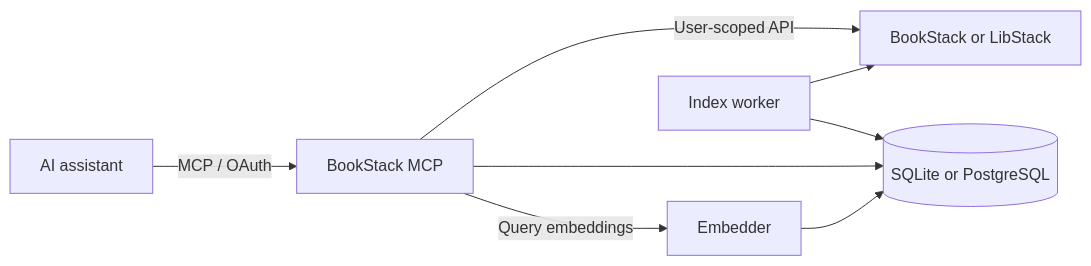
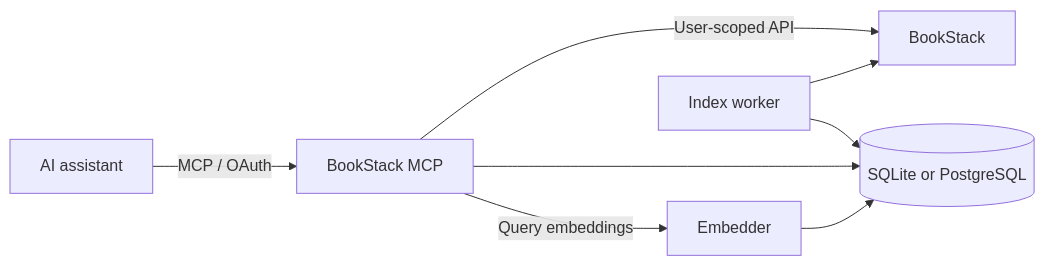
The diagram in README.md (drbelt27/bookstack-mcp), drawn with Mermaid before and after one commit. The commit also changed other lines of this file and 8 other files, not shown here.

First line of the commit message:
docs: streamline project documentation and focus on BookStack

````diff
--- a/README.md
+++ b/README.md
@@ -44,10 +47,10 @@
 ```mermaid
 flowchart LR
     A[AI assistant] -->|MCP / OAuth| B[BookStack MCP]
-    B -->|User-scoped API| C[BookStack or LibStack]
+    B -->|User-scoped API| C[BookStack]
     B --> D[(SQLite or PostgreSQL)]
     B -->|Query embeddings| E[Embedder]
     F[Index worker] --> C
     F --> D
     E --> D
 ```
````
